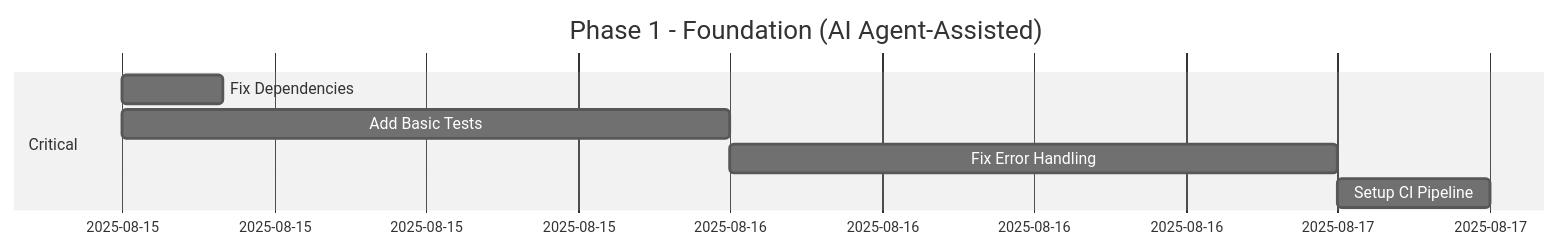
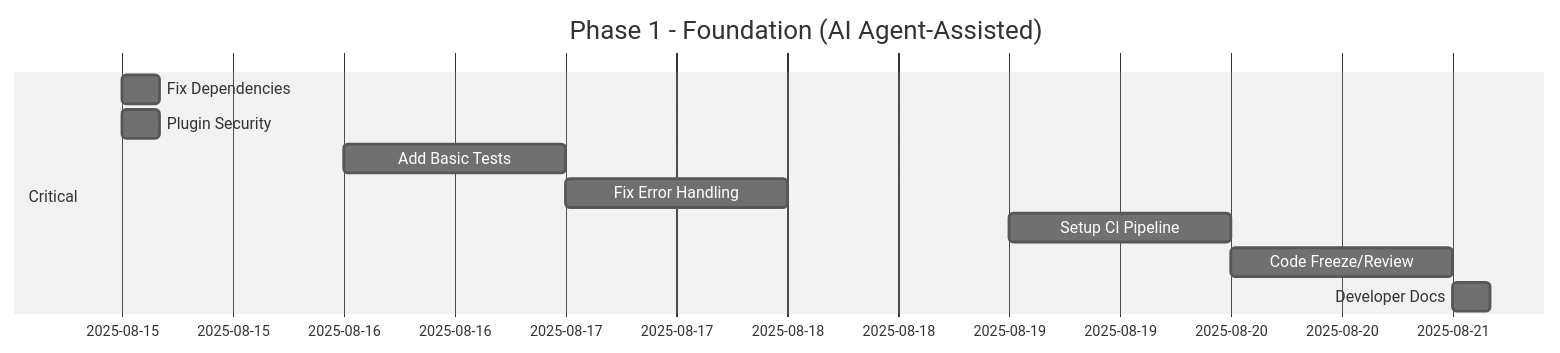
One commit to overlock-network/overlock changed the first of 2 diagrams in IMPROVEMENTS.md. Above: the diagram before and after it, drawn with Mermaid (neutral theme). The commit also changed other lines of this file, not shown here.

Commit message:
Refine improvement plan with detailed scope, acceptance criteria, and realistic timelines

````diff
--- a/IMPROVEMENTS.md
+++ b/IMPROVEMENTS.md
@@ -198,10 +266,13 @@
 ```mermaid
 gantt
     title Phase 1 - Foundation (AI Agent-Assisted)
     dateFormat  YYYY-MM-DD
     section Critical
     Fix Dependencies     :2025-08-15, 4h
-    Add Basic Tests      :2025-08-15, 1d
-    Fix Error Handling   :2025-08-16, 1d
-    Setup CI Pipeline    :2025-08-17, 6h
+    Plugin Security      :2025-08-15, 4h
+    Add Basic Tests      :2025-08-16, 1d
+    Fix Error Handling   :2025-08-17, 1d
+    Setup CI Pipeline    :2025-08-19, 1d
+    Code Freeze/Review   :2025-08-20, 1d
+    Developer Docs       :2025-08-21, 4h
 ```
````
